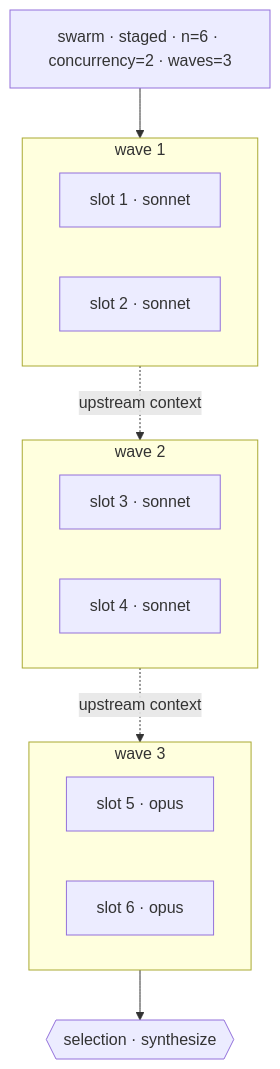
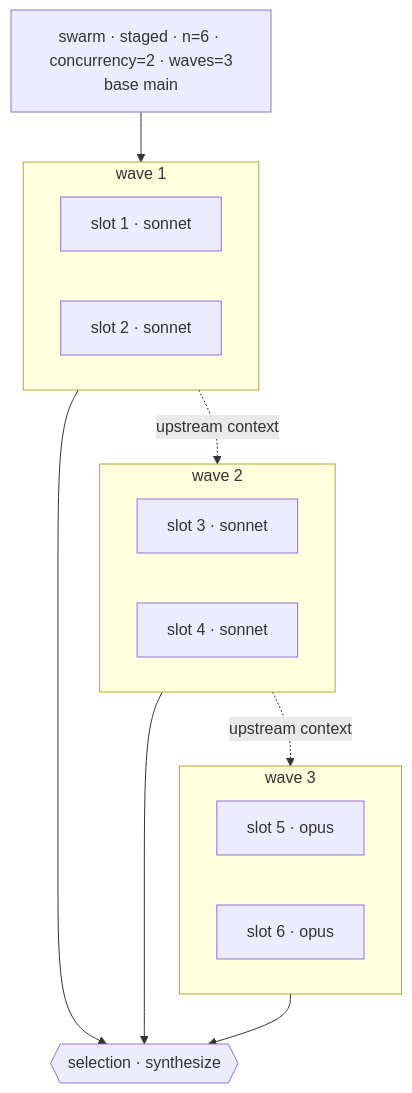
Before and after one commit to yliapis/dotfiles: the third of 4 diagrams in ai-coding/plugins/orchestration/skills/agent-swarm/SKILL.md, drawn with Mermaid. The commit also changed other lines of this file, not shown here.

First line of the commit message:
fix(agent-swarm): tighten the topology preview rules

````diff
--- a/ai-coding/plugins/orchestration/skills/agent-swarm/SKILL.md
+++ b/ai-coding/plugins/orchestration/skills/agent-swarm/SKILL.md
@@ -214,20 +216,22 @@
 ```mermaid
 flowchart TD
-  S["swarm · staged · n=6 · concurrency=2 · waves=3"]
+  S["swarm · staged · n=6 · concurrency=2 · waves=3<br/>base main"]
   subgraph W1["wave 1"]
     A1["slot 1 · sonnet"]
     A2["slot 2 · sonnet"]
   end
   subgraph W2["wave 2"]
     A3["slot 3 · sonnet"]
     A4["slot 4 · sonnet"]
   end
   subgraph W3["wave 3"]
     A5["slot 5 · opus"]
     A6["slot 6 · opus"]
   end
   S --> W1
   W1 -. "upstream context" .-> W2
   W2 -. "upstream context" .-> W3
-  W3 --> SEL{{"selection · synthesize"}}
+  W1 --> SEL{{"selection · synthesize"}}
+  W2 --> SEL
+  W3 --> SEL
 ```
````
